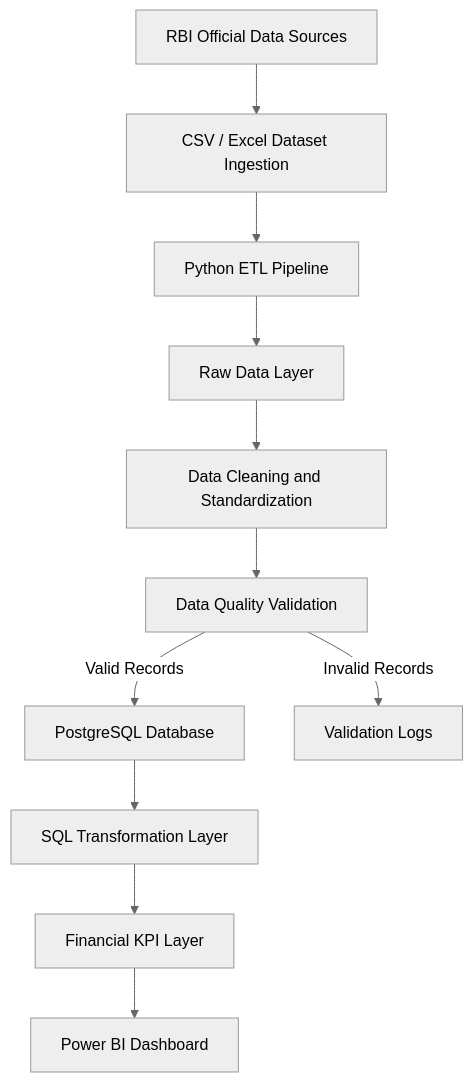
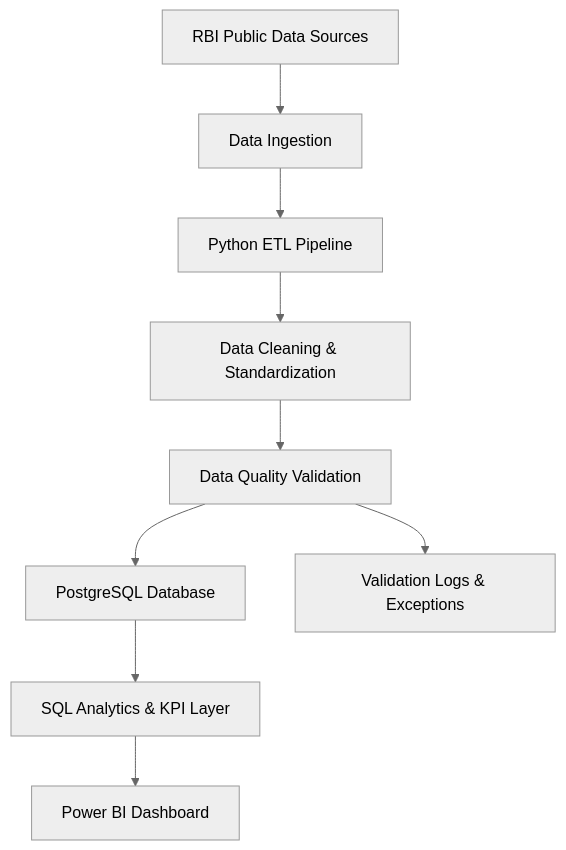
The diagram in README.md (adiii-dhande/rbi-payments-analytics), drawn with Mermaid (neutral theme) before and after one commit. The commit also changed other lines of this file, not shown here.

````diff
--- a/README.md
+++ b/README.md
@@ -227,38 +51,11 @@
 ```mermaid
 flowchart TD
-
-    A["RBI Official Data Sources"]
-
-    B["CSV / Excel Dataset Ingestion"]
-
-    C["Python ETL Pipeline"]
-
-    D["Raw Data Layer"]
-
-    E["Data Cleaning and Standardization"]
-
-    F["Data Quality Validation"]
-
-    G["PostgreSQL Database"]
-
-    H["SQL Transformation Layer"]
-
-    I["Financial KPI Layer"]
-
-    J["Power BI Dashboard"]
-
-    K["Validation Logs"]
-
-    A --> B
-    B --> C
-    C --> D
-    D --> E
-    E --> F
-
-    F -->|Valid Records| G
-    F -->|Invalid Records| K
-
-    G --> H
-    H --> I
-    I --> J
+    A["RBI Public Data Sources"] --> B["Data Ingestion"]
+    B --> C["Python ETL Pipeline"]
+    C --> D["Data Cleaning & Standardization"]
+    D --> E["Data Quality Validation"]
+    E --> F["PostgreSQL Database"]
+    F --> G["SQL Analytics & KPI Layer"]
+    G --> H["Power BI Dashboard"]
+    E --> I["Validation Logs & Exceptions"]
 ```
````
